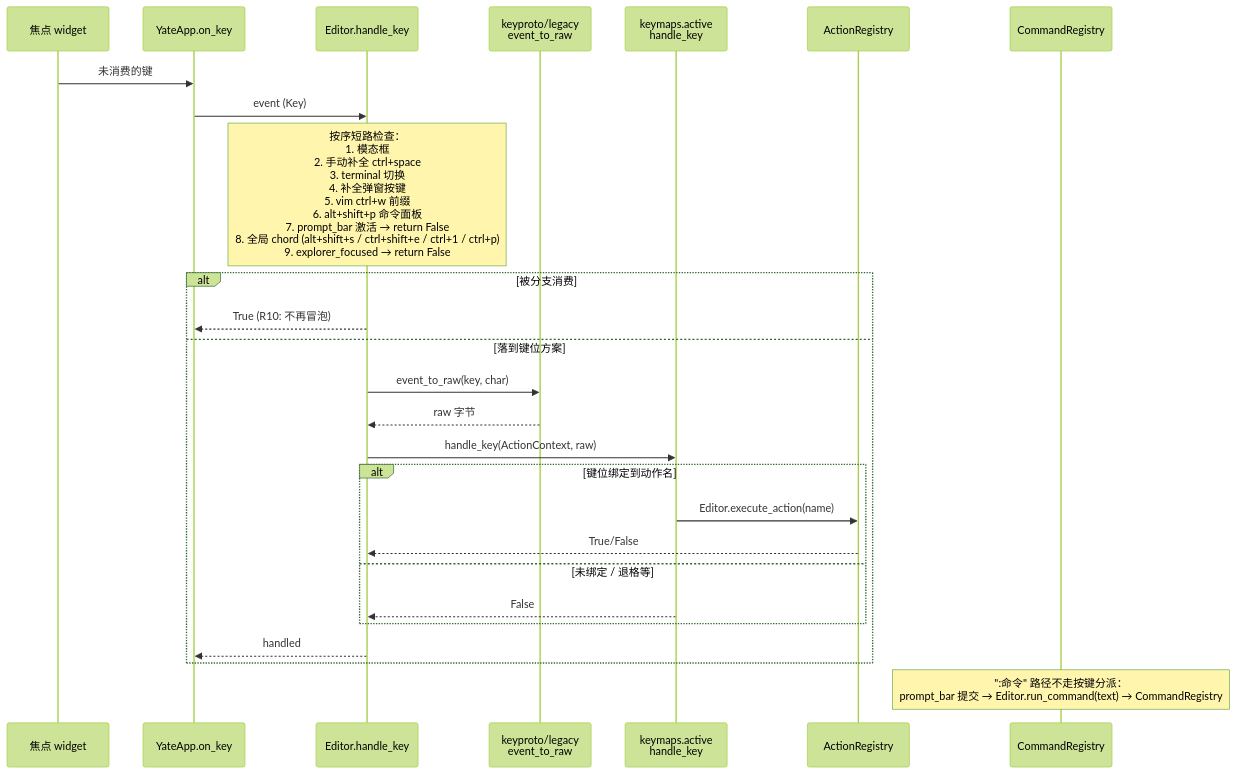
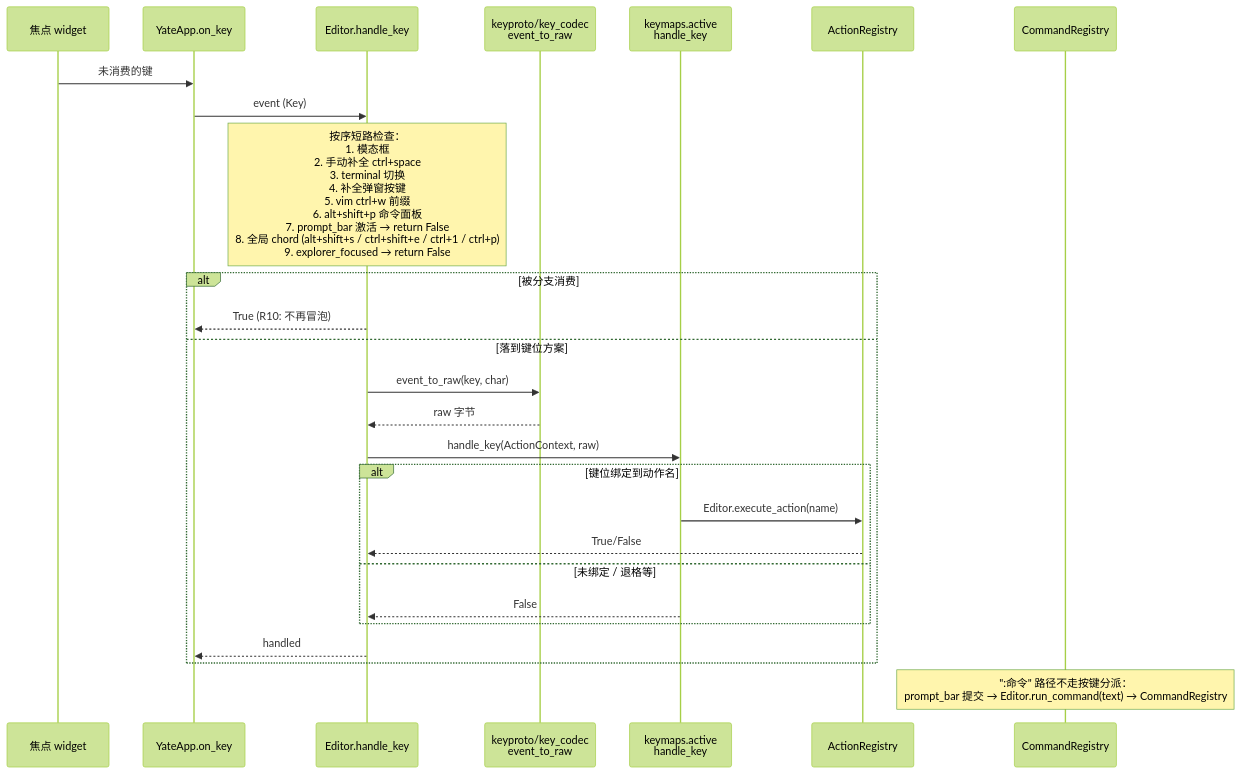
One commit to BigThxBrigde/yate changed the third of 3 diagrams in .trae/wikis/yate-architecture.md. Above: the diagram before and after it, drawn with Mermaid (forest theme). The commit also changed other lines of this file and 9 other files, not shown here.

Commit message:
refactor(keyproto): rename legacy key codec to key_codec

````diff
--- a/.trae/wikis/yate-architecture.md
+++ b/.trae/wikis/yate-architecture.md
@@ -189,29 +189,29 @@
 ```mermaid
 sequenceDiagram
     participant W as 焦点 widget
     participant A as YateApp.on_key
     participant E as Editor.handle_key
-    participant KP as keyproto/legacy<br/>event_to_raw
+    participant KP as keyproto/key_codec<br/>event_to_raw
     participant KM as keymaps.active<br/>handle_key
     participant AR as ActionRegistry
     participant CR as CommandRegistry
 
     W->>A: 未消费的键
     A->>E: event (Key)
     Note over E: 按序短路检查：<br/>1. 模态框<br/>2. 手动补全 ctrl+space<br/>3. terminal 切换<br/>4. 补全弹窗按键<br/>5. vim ctrl+w 前缀<br/>6. alt+shift+p 命令面板<br/>7. prompt_bar 激活 → return False<br/>8. 全局 chord (alt+shift+s / ctrl+shift+e / ctrl+1 / ctrl+p)<br/>9. explorer_focused → return False
     alt 被分支消费
         E-->>A: True (R10: 不再冒泡)
     else 落到键位方案
         E->>KP: event_to_raw(key, char)
         KP-->>E: raw 字节
         E->>KM: handle_key(ActionContext, raw)
         alt 键位绑定到动作名
             KM->>AR: Editor.execute_action(name)
             AR-->>E: True/False
         else 未绑定 / 退格等
             KM-->>E: False
         end
         E-->>A: handled
     end
     Note over CR: ":命令" 路径不走按键分派：<br/>prompt_bar 提交 → Editor.run_command(text) → CommandRegistry
 ```
````
